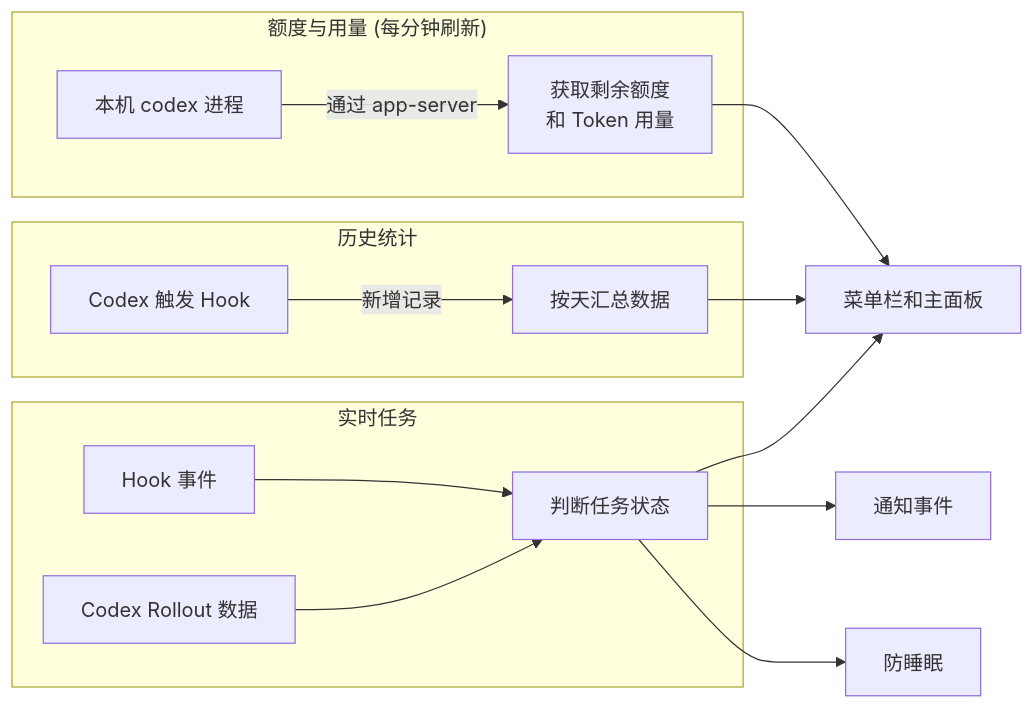
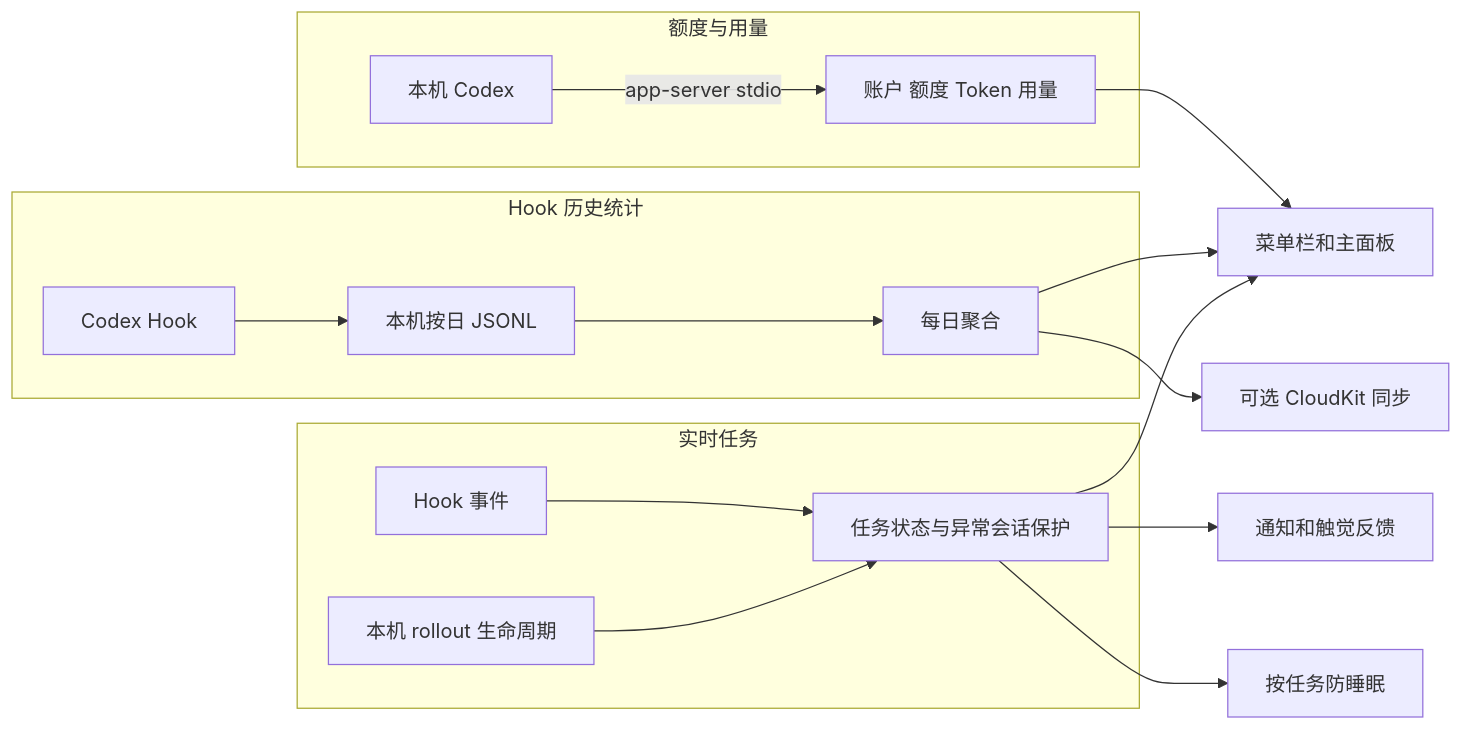
Before and after one commit to bob-zebedy/CodexBar: the diagram in README.md, drawn with Mermaid. The commit also changed other lines of this file and 19 other files, not shown here.

````diff
--- a/README.md
+++ b/README.md
@@ -151,21 +535,23 @@
 ```mermaid
 flowchart LR
-    subgraph L1["额度与用量 (每分钟刷新)"]
-        A1["本机 codex 进程"] -->|"通过 app-server"| A2["获取剩余额度<br/>和 Token 用量"]
+    subgraph L1["额度与用量"]
+        A1["本机 Codex"] -->|"app-server stdio"| A2["账户 额度 Token 用量"]
     end
 
-    subgraph L2["历史统计"]
-        B1["Codex 触发 Hook"] -->|"新增记录"| B2["按天汇总数据"]
+    subgraph L2["Hook 历史统计"]
+        B1["Codex Hook"] --> B2["本机按日 JSONL"]
+        B2 --> B3["每日聚合"]
     end
 
     subgraph L3["实时任务"]
-        C1["Hook 事件"] --> C3["判断任务状态"]
-        C2["Codex Rollout 数据"] --> C3
+        C1["Hook 事件"] --> C3["任务状态与异常会话保护"]
+        C2["本机 rollout 生命周期"] --> C3
     end
 
     A2 --> UI["菜单栏和主面板"]
-    B2 --> UI
+    B3 --> UI
     C3 --> UI
-    C3 --> N["通知事件"]
-    C3 --> K["防睡眠"]
+    B3 --> Cloud["可选 CloudKit 同步"]
+    C3 --> Notice["通知和触觉反馈"]
+    C3 --> KeepAlive["按任务防睡眠"]
 ```
````
